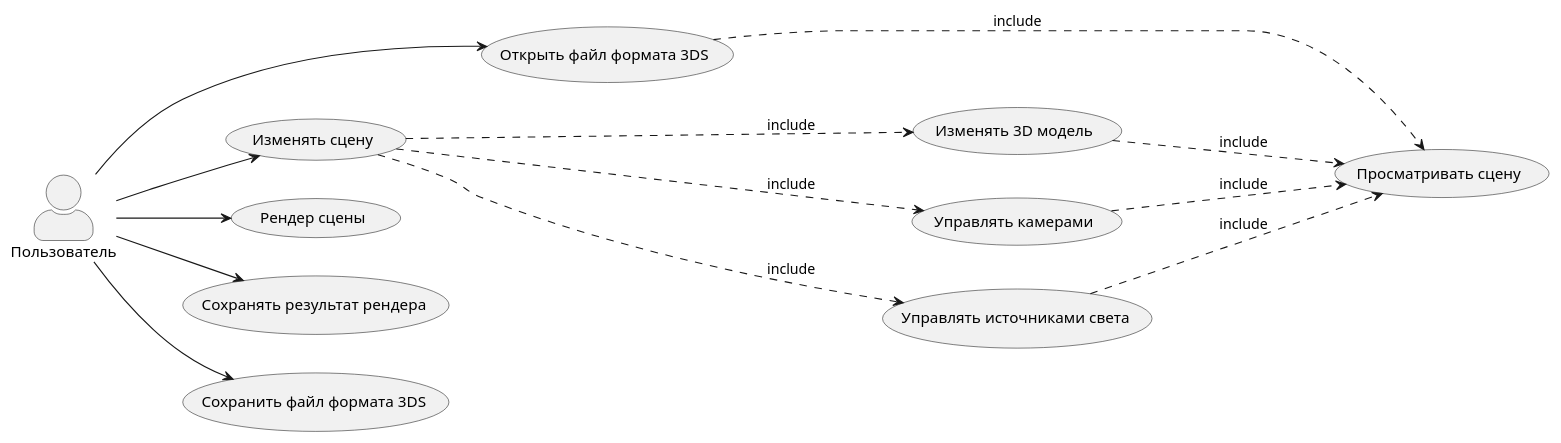
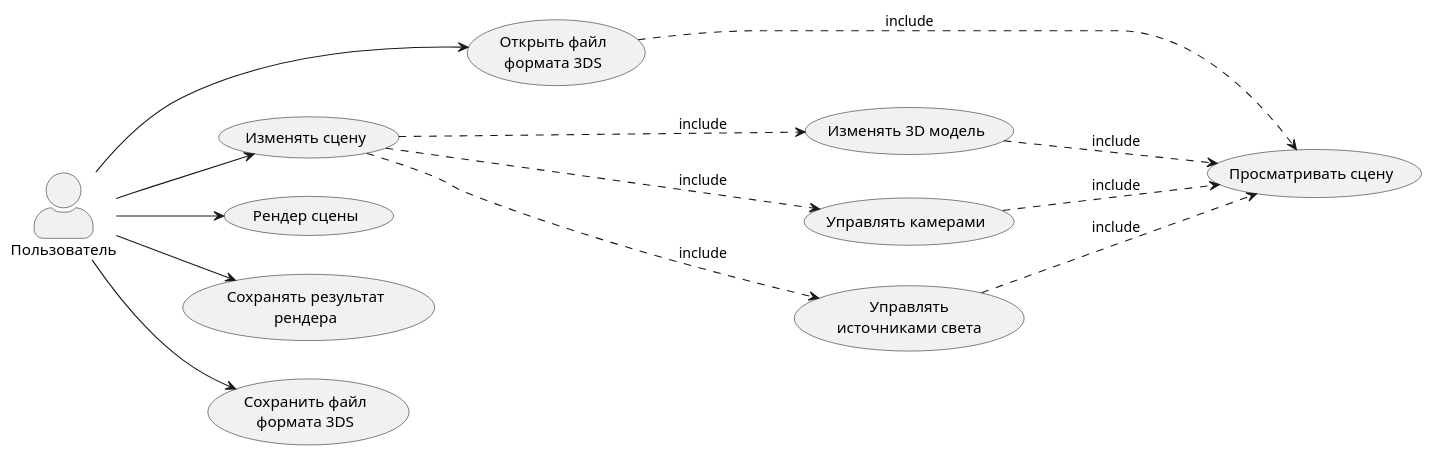
One commit to botokash/gb_ch2_task changed the diagram in usecase.puml. Above: the diagram before and after it, drawn with PlantUML. The commit also changed 1 other file, not shown here.

Commit message:
update usecase

```diff
--- a/usecase.puml
+++ b/usecase.puml
@@ -1,26 +1,26 @@
 @startuml usecase
 left to right direction
 skinparam actorStyle awesome
 actor "Пользователь" as user
-usecase "Открыть файл формата 3DS" as open
+usecase "Открыть файл\nформата 3DS" as open
 usecase "Изменять 3D модель" as edit_model
 usecase "Изменять сцену" as edit_scene
 usecase "Управлять камерами" as scene_camera
-usecase "Управлять источниками света" as scene_light
+usecase "Управлять\nисточниками света" as scene_light
 usecase "Просматривать сцену" as view
 usecase "Рендер сцены" as render
-usecase "Сохранять результат рендера" as render_save
-usecase "Сохранить файл формата 3DS" as save
+usecase "Сохранять результат\nрендера" as render_save
+usecase "Сохранить файл\nформата 3DS" as save
 user --> open
 user --> edit_scene
 user --> render
 user --> render_save
 user --> save
 open ...> view : include
 edit_model ...> view : include
 edit_scene ...> edit_model : include
 edit_scene ...> scene_camera : include
 edit_scene ...> scene_light : include
 scene_camera ...> view : include
 scene_light ...> view : include
 @enduml
```
